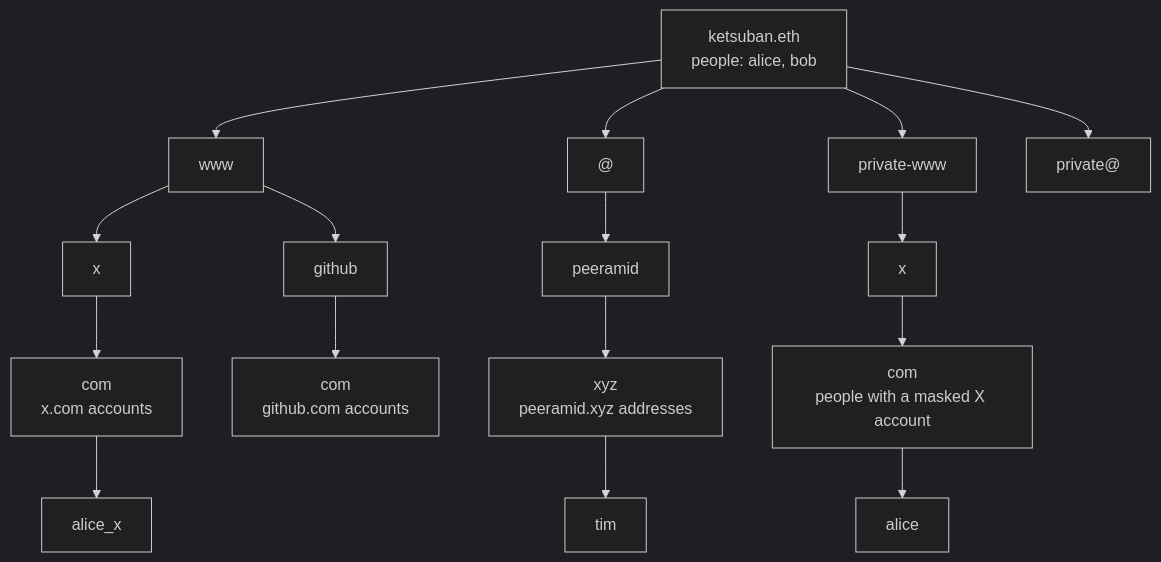
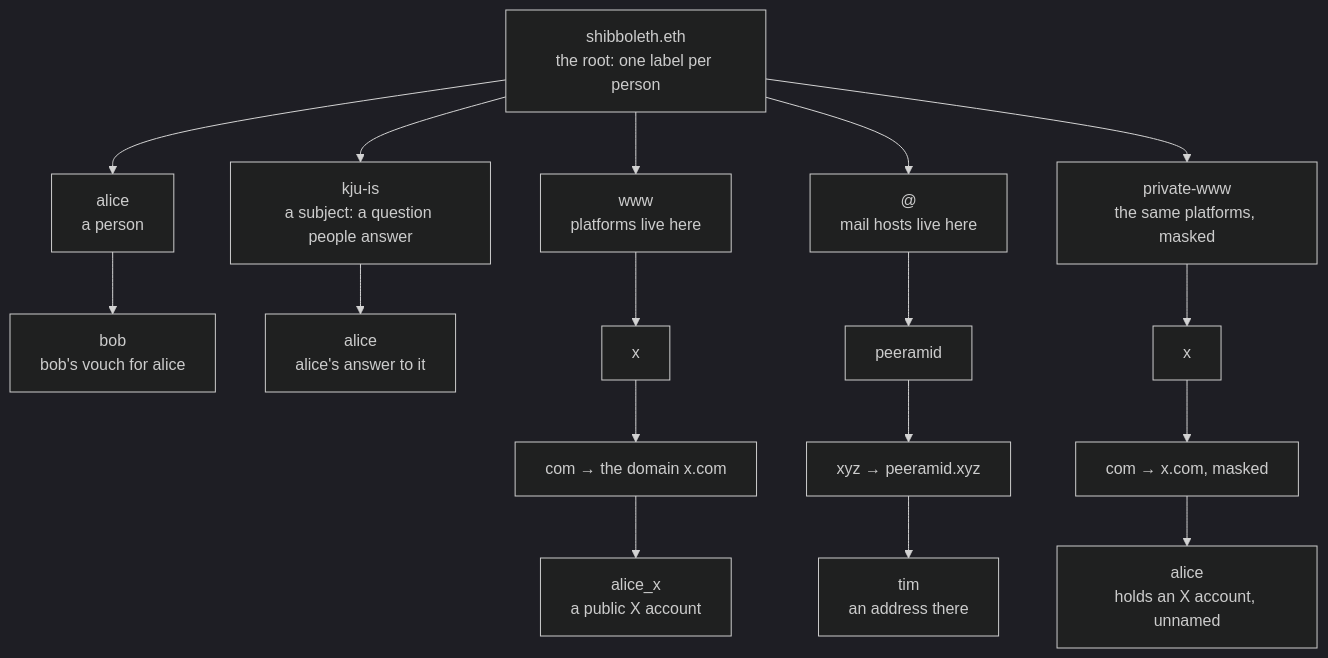
The first of 2 diagrams in docs/namespace.md (lamtrinh259/ETHGlobal_Online_2026), drawn with Mermaid (dark theme) before and after one commit. The commit also changed other lines of this file and 17 other files, not shown here.

````diff
--- a/docs/namespace.md
+++ b/docs/namespace.md
@@ -16,15 +16,14 @@
 ```mermaid
 graph TD
-  root["ketsuban.eth<br/>people: alice, bob"]
-  root --> www["www"]
-  root --> at["@"]
-  root --> pwww["private-www"]
-  root --> pat["private@"]
-  www --> x["x"] --> xcom["com<br/>x.com accounts"]
-  www --> gh["github"] --> ghcom["com<br/>github.com accounts"]
-  at --> pe["peeramid"] --> pexyz["xyz<br/>peeramid.xyz addresses"]
-  pwww --> px["x"] --> pxcom["com<br/>people with a masked X account"]
-  xcom --> alice_x["alice_x"]
-  pexyz --> tim["tim"]
-  pxcom --> alice["alice"]
+  root["shibboleth.eth<br/>the root: one label per person"]
+  root --> alice["alice<br/>a person"]
+  alice --> vouch["bob<br/>bob's vouch for alice"]
+  root --> kju["kju-is<br/>a subject: a question people answer"]
+  kju --> answer["alice<br/>alice's answer to it"]
+  root --> www["www<br/>platforms live here"]
+  root --> at["@<br/>mail hosts live here"]
+  root --> pwww["private-www<br/>the same platforms, masked"]
+  www --> x["x"] --> xcom["com → the domain x.com"] --> acct["alice_x<br/>a public X account"]
+  at --> pe["peeramid"] --> pexyz["xyz → peeramid.xyz"] --> addr["tim<br/>an address there"]
+  pwww --> px["x"] --> pxcom["com → x.com, masked"] --> masked["alice<br/>holds an X account, unnamed"]
 ```
````
